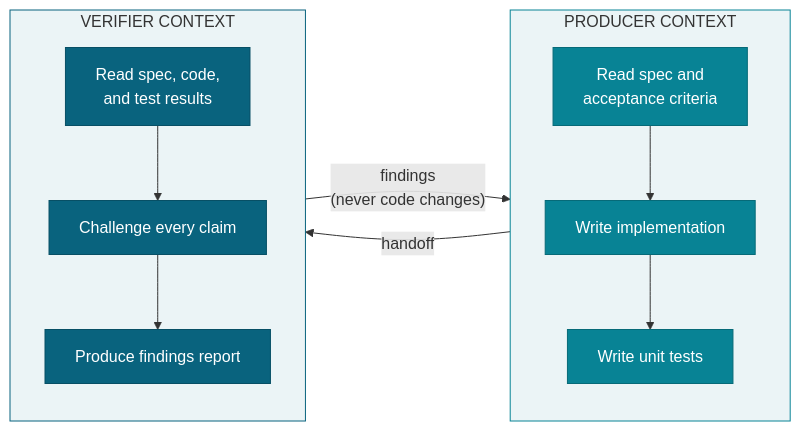
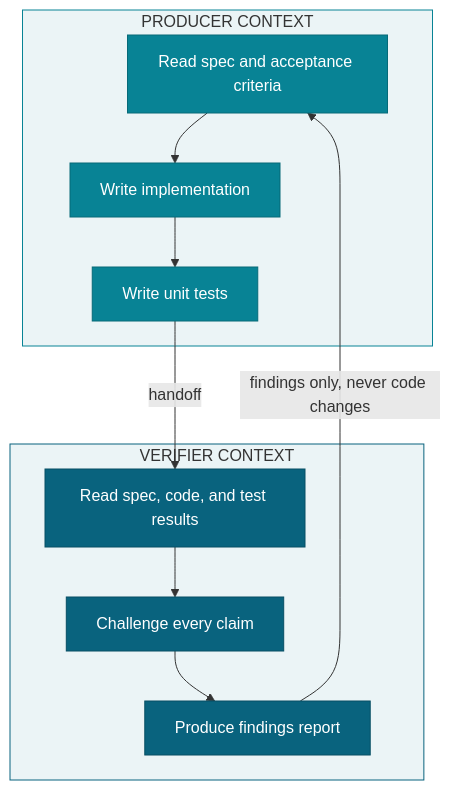
The second of 5 diagrams in README.md (iamsteveholmes/momentum), drawn with Mermaid before and after one commit.

Commit message:
docs: fix producer-verifier diagram font size

````diff
--- a/README.md
+++ b/README.md
@@ -41,30 +41,28 @@
 ```mermaid
-graph LR
+graph TD
     subgraph producer ["PRODUCER CONTEXT"]
-        direction TB
-        P1["Read spec and<br/>acceptance criteria"]
+        P1["Read spec and acceptance criteria"]
         P2["Write implementation"]
         P3["Write unit tests"]
         P1 --> P2 --> P3
     end
 
     subgraph verifier ["VERIFIER CONTEXT"]
-        direction TB
-        V1["Read spec, code,<br/>and test results"]
+        V1["Read spec, code, and test results"]
         V2["Challenge every claim"]
         V3["Produce findings report"]
         V1 --> V2 --> V3
     end
 
     P3 -- "handoff" --> V1
-    V3 -- "findings<br/>(never code changes)" --> P1
+    V3 -- "findings only, never code changes" --> P1
 
     style producer fill:#EBF4F6,stroke:#088395,color:#333
     style verifier fill:#EBF4F6,stroke:#09637E,color:#333
     style P1 fill:#088395,stroke:#066a78,color:#fff
     style P2 fill:#088395,stroke:#066a78,color:#fff
     style P3 fill:#088395,stroke:#066a78,color:#fff
     style V1 fill:#09637E,stroke:#074f65,color:#fff
     style V2 fill:#09637E,stroke:#074f65,color:#fff
     style V3 fill:#09637E,stroke:#074f65,color:#fff
 ```
````
